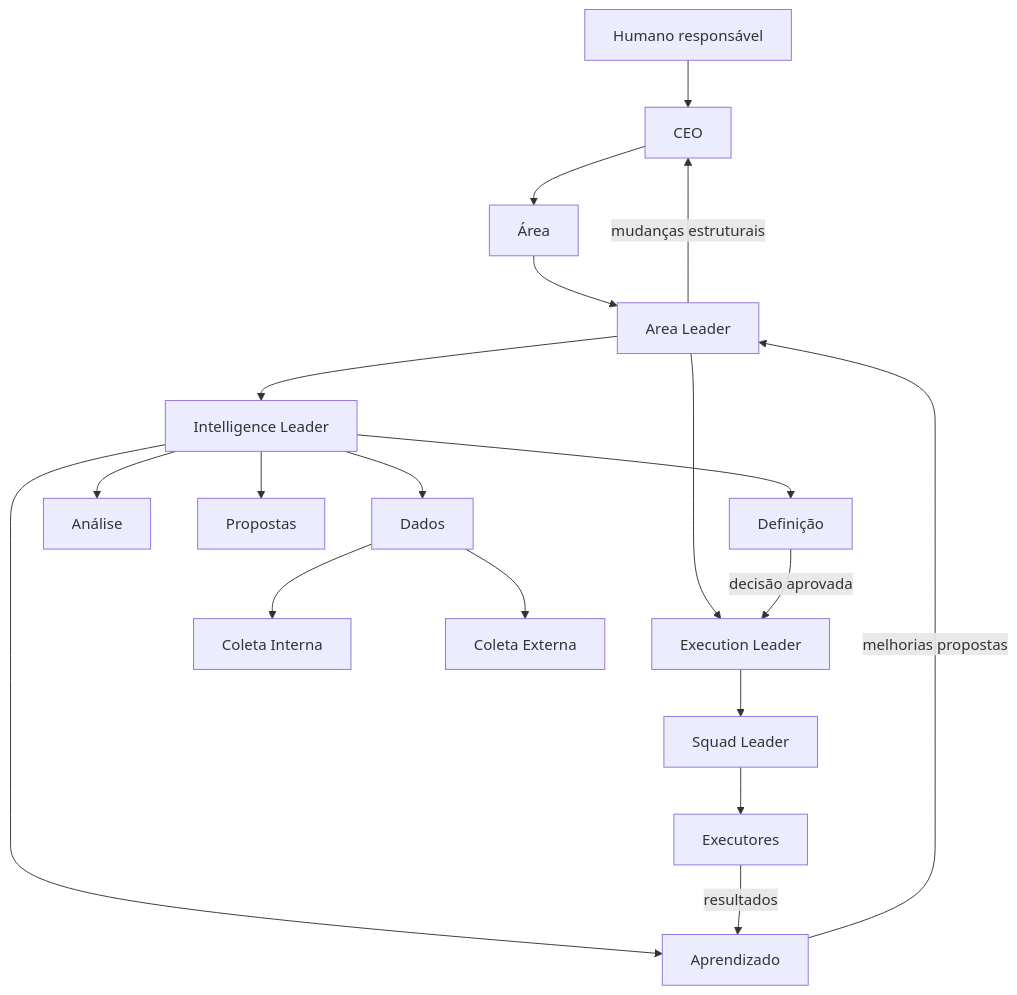
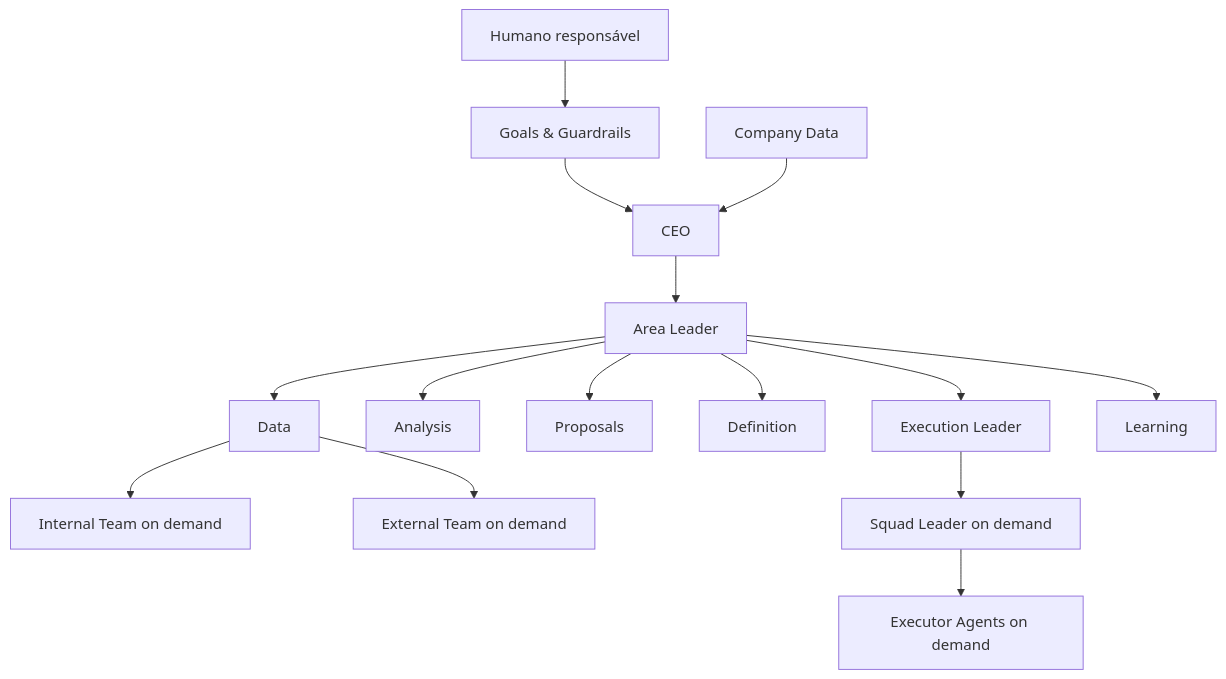
One commit to clwdtch/autocompany changed the first of 2 diagrams in COMPANY_STRUCTURE.md. Above: the diagram before and after it, drawn with Mermaid. The commit also changed other lines of this file and 5 other files, not shown here.

````diff
--- a/COMPANY_STRUCTURE.md
+++ b/COMPANY_STRUCTURE.md
@@ -142,25 +56,17 @@
 ```mermaid
 flowchart TD
-    HR[Humano responsável] --> CEO[CEO]
-    CEO --> AR[Área]
-    AR --> AL[Area Leader]
-
-    AL --> IL[Intelligence Leader]
-    AL --> EL[Execution Leader]
-
-    IL --> DA[Dados]
-    DA --> IC[Coleta Interna]
-    DA --> EC[Coleta Externa]
-    IL --> AN[Análise]
-    IL --> PR[Propostas]
-    IL --> DF[Definição]
-    IL --> LR[Aprendizado]
-
-    EL --> SL[Squad Leader]
-    SL --> EX[Executores]
-
-    DF -->|decisão aprovada| EL
-    EX -->|resultados| LR
-    LR -->|melhorias propostas| AL
-    AL -->|mudanças estruturais| CEO
+    H["Humano responsável"] --> GG["Goals & Guardrails"]
+    GG --> CEO["CEO"]
+    CD["Company Data"] --> CEO
+    CEO --> AL["Area Leader"]
+    AL --> D["Data"]
+    AL --> AN["Analysis"]
+    AL --> P["Proposals"]
+    AL --> DF["Definition"]
+    AL --> EL["Execution Leader"]
+    AL --> L["Learning"]
+    D --> IT["Internal Team on demand"]
+    D --> ET["External Team on demand"]
+    EL --> SL["Squad Leader on demand"]
+    SL --> EX["Executor Agents on demand"]
 ```
````
